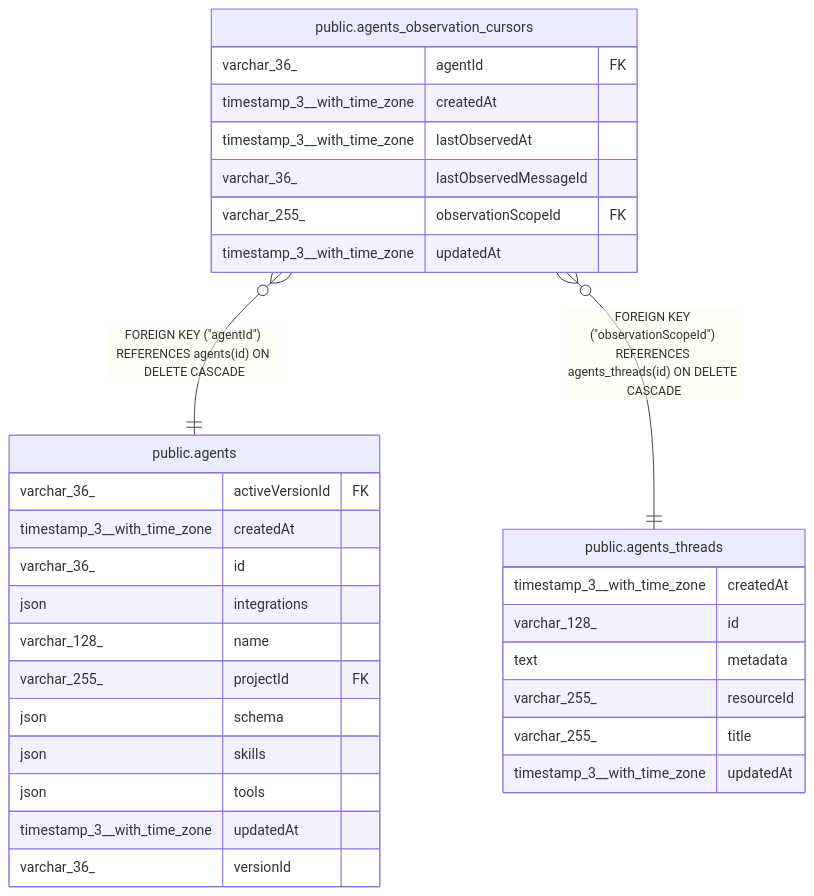
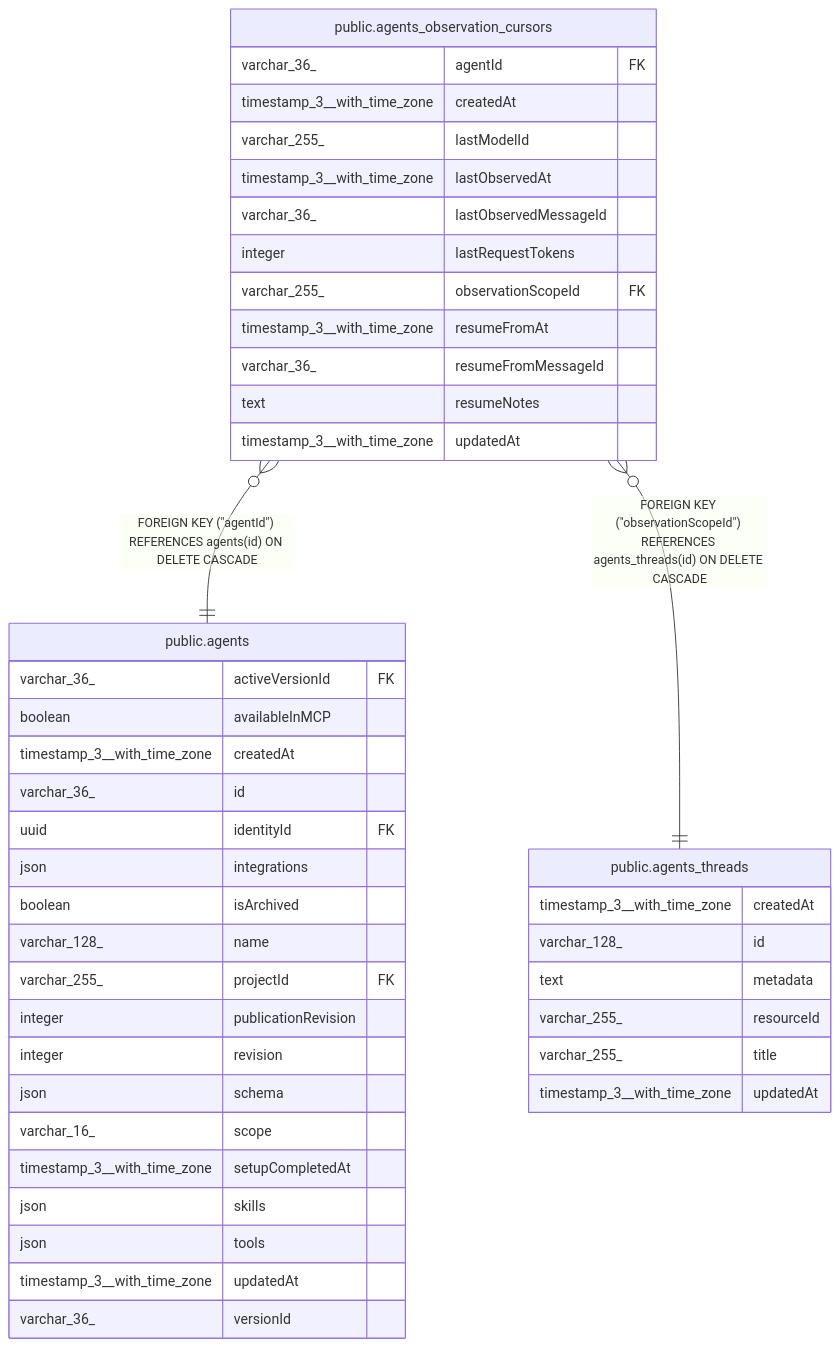
Before and after one commit to koreatest12/studys: the diagram in n8n_integration/n8n_source/docs/generated/postgres-schema/public.agents_observation_cursors.md, drawn with Mermaid. The commit also changed other lines of this file and 23019 other files, not shown here.

````diff
--- a/n8n_integration/n8n_source/docs/generated/postgres-schema/public.agents_observation_cursors.md
+++ b/n8n_integration/n8n_source/docs/generated/postgres-schema/public.agents_observation_cursors.md
@@ -37,36 +42,48 @@
 ```mermaid
 erDiagram
 
 "public.agents_observation_cursors" }o--|| "public.agents" : "FOREIGN KEY (#quot;agentId#quot;) REFERENCES agents(id) ON DELETE CASCADE"
 "public.agents_observation_cursors" }o--|| "public.agents_threads" : "FOREIGN KEY (#quot;observationScopeId#quot;) REFERENCES agents_threads(id) ON DELETE CASCADE"
 
 "public.agents_observation_cursors" {
   varchar_36_ agentId FK
   timestamp_3__with_time_zone createdAt
+  varchar_255_ lastModelId
   timestamp_3__with_time_zone lastObservedAt
   varchar_36_ lastObservedMessageId
+  integer lastRequestTokens
   varchar_255_ observationScopeId FK
+  timestamp_3__with_time_zone resumeFromAt
+  varchar_36_ resumeFromMessageId
+  text resumeNotes
   timestamp_3__with_time_zone updatedAt
 }
 "public.agents" {
   varchar_36_ activeVersionId FK
+  boolean availableInMCP
   timestamp_3__with_time_zone createdAt
   varchar_36_ id
+  uuid identityId FK
   json integrations
+  boolean isArchived
   varchar_128_ name
   varchar_255_ projectId FK
+  integer publicationRevision
+  integer revision
   json schema
+  varchar_16_ scope
+  timestamp_3__with_time_zone setupCompletedAt
   json skills
   json tools
   timestamp_3__with_time_zone updatedAt
   varchar_36_ versionId
 }
 "public.agents_threads" {
   timestamp_3__with_time_zone createdAt
   varchar_128_ id
   text metadata
   varchar_255_ resourceId
   varchar_255_ title
   timestamp_3__with_time_zone updatedAt
 }
 ```
````
